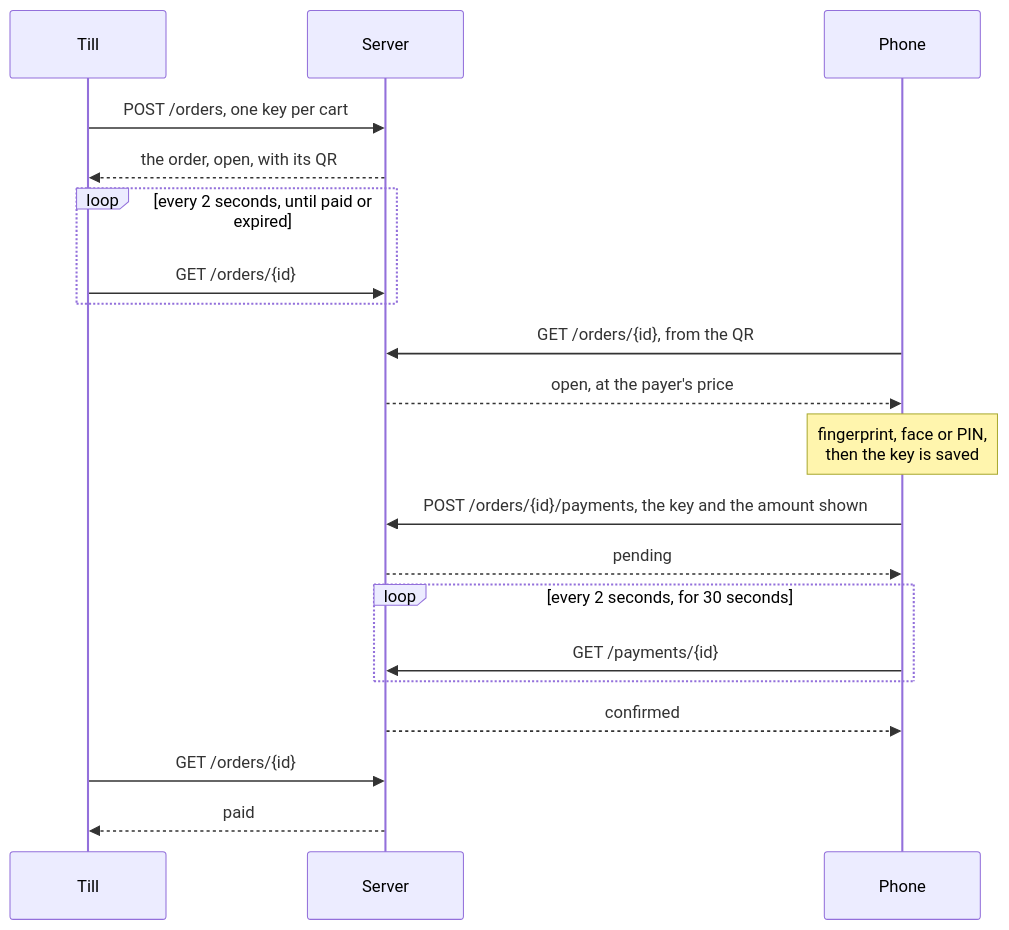
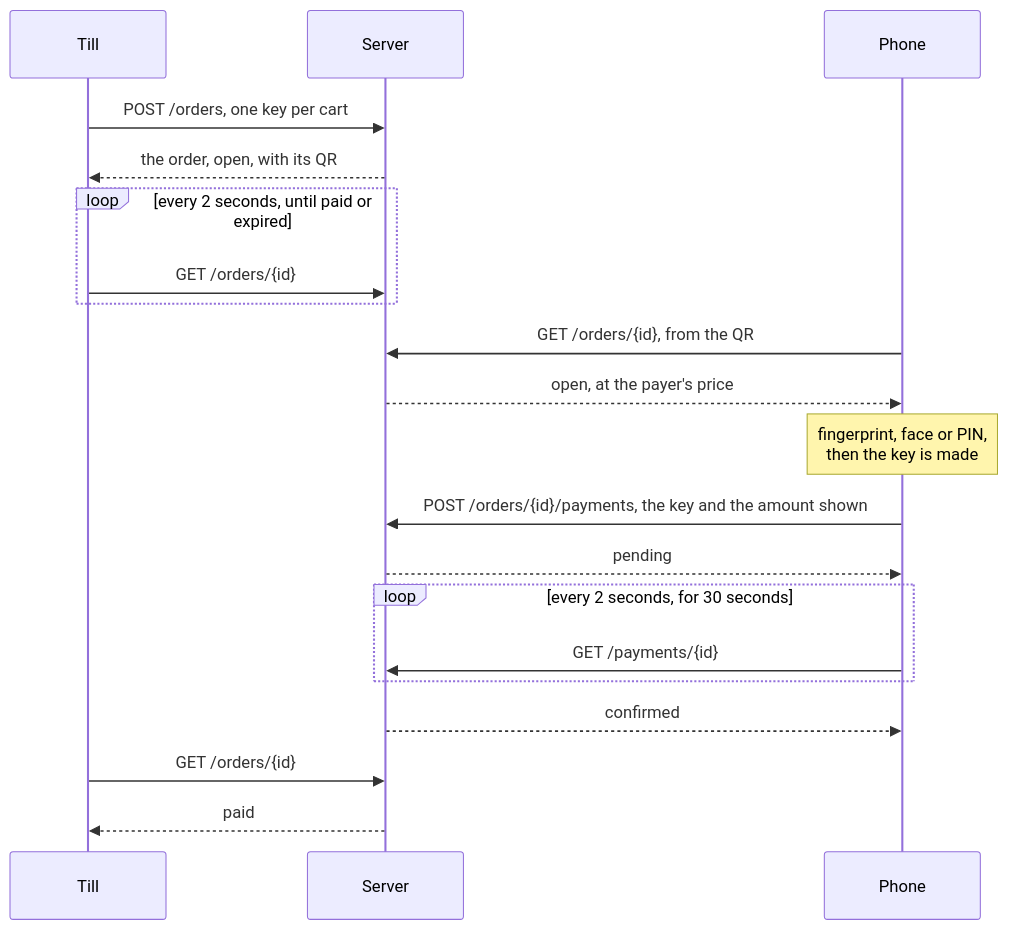
Before and after one commit to Ashish15082001/zahln: the third of 3 diagrams in docs/design.md, drawn with Mermaid. The commit also changed other lines of this file and 3 other files, not shown here.

Commit message:
Describe the pay key kept in memory only: why saving it on the phone bought no safety, Log out forgetting it, the per-payer gap it closes, and its commit

````diff
--- a/docs/design.md
+++ b/docs/design.md
@@ -79,22 +79,22 @@
 ```mermaid
 sequenceDiagram
   participant Till
   participant Server
   participant Phone
   Till->>Server: POST /orders, one key per cart
   Server-->>Till: the order, open, with its QR
   loop every 2 seconds, until paid or expired
     Till->>Server: GET /orders/{id}
   end
   Phone->>Server: GET /orders/{id}, from the QR
   Server-->>Phone: open, at the payer's price
-  Note over Phone: fingerprint, face or PIN,<br/>then the key is saved
+  Note over Phone: fingerprint, face or PIN,<br/>then the key is made
   Phone->>Server: POST /orders/{id}/payments, the key and the amount shown
   Server-->>Phone: pending
   loop every 2 seconds, for 30 seconds
     Phone->>Server: GET /payments/{id}
   end
   Server-->>Phone: confirmed
   Till->>Server: GET /orders/{id}
   Server-->>Till: paid
 ```
````
